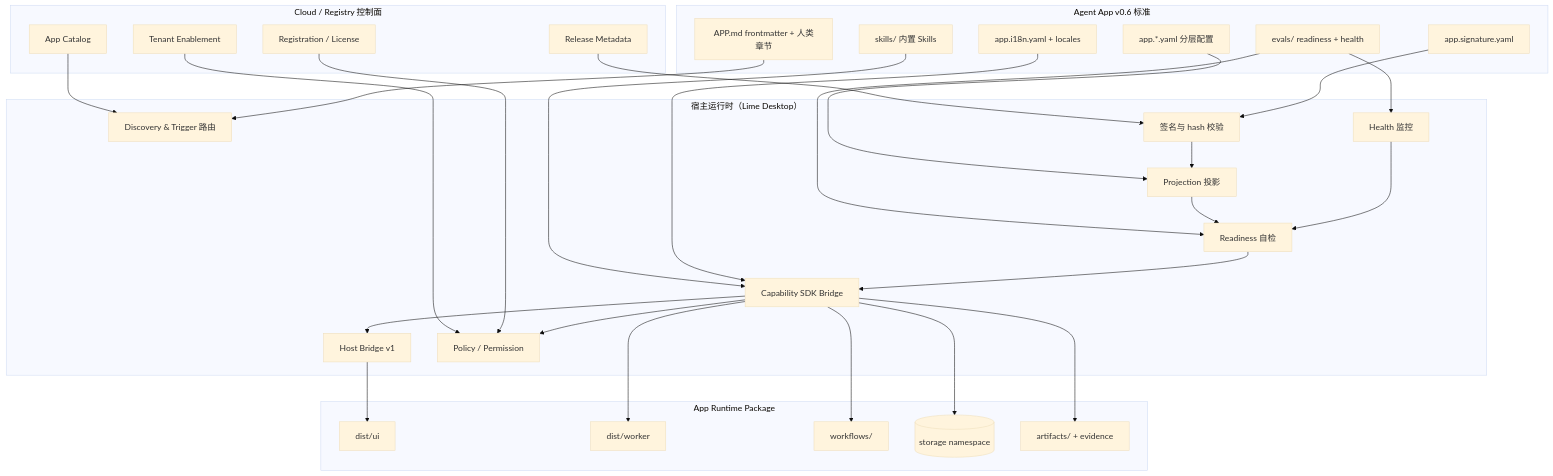
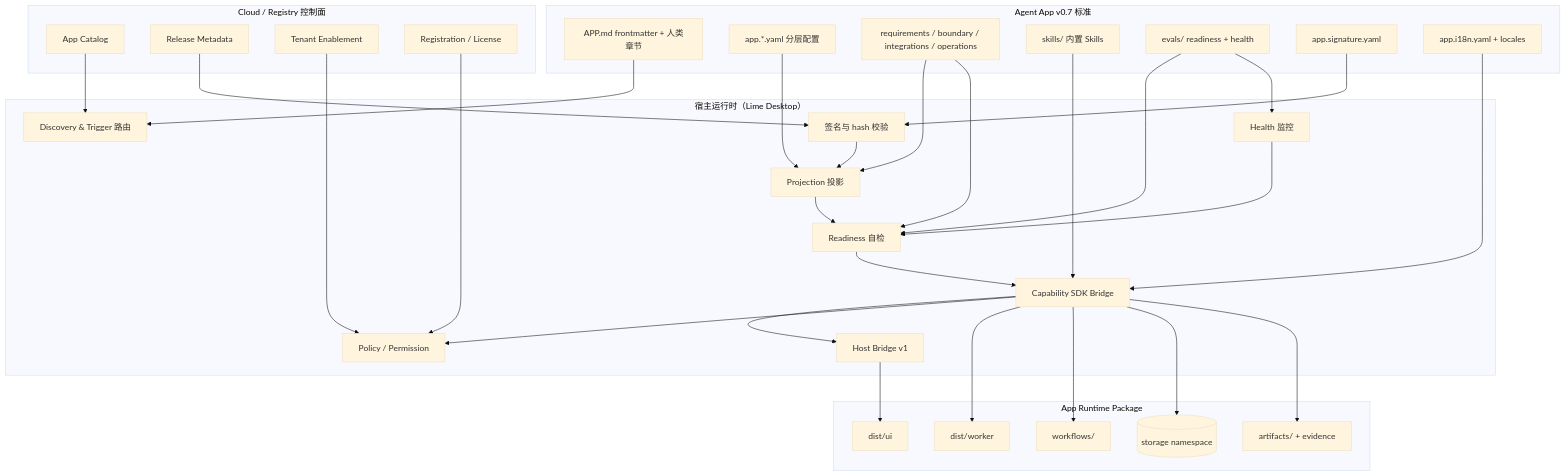
One commit to limecloud/agentapp changed the first of 11 diagrams in docs/zh/architecture.md. Above: the diagram before and after it, drawn with Mermaid (base theme). The commit also changed other lines of this file and 63 other files, not shown here.

````diff
--- a/docs/zh/architecture.md
+++ b/docs/zh/architecture.md
@@ -14,62 +14,65 @@
 ```mermaid
 flowchart TD
   subgraph Cloud[Cloud / Registry 控制面]
     Catalog[App Catalog]
     Release[Release Metadata]
     Tenant[Tenant Enablement]
     Reg[Registration / License]
   end
 
-  subgraph Standard[Agent App v0.6 标准]
+  subgraph Standard[Agent App v0.7 标准]
     APPMD[APP.md frontmatter + 人类章节]
     LAYERED[app.*.yaml 分层配置]
+    BOUNDARY[requirements / boundary / integrations / operations]
     SKILLS[skills/ 内置 Skills]
     EVALS[evals/ readiness + health]
     SIG[app.signature.yaml]
     I18N[app.i18n.yaml + locales]
   end
 
   subgraph Host[宿主运行时（Lime Desktop）]
     Discover[Discovery & Trigger 路由]
     Verify[签名与 hash 校验]
     Project[Projection 投影]
     Readiness[Readiness 自检]
     SDK[Capability SDK Bridge]
     Bridge[Host Bridge v1]
     Policy[Policy / Permission]
     Health[Health 监控]
   end
 
   subgraph Runtime[App Runtime Package]
     UI[dist/ui]
     Worker[dist/worker]
     Workflow[workflows/]
     Storage[(storage namespace)]
     Artifacts[artifacts/ + evidence]
   end
 
   Catalog --> Discover
   Release --> Verify
   Tenant --> Policy
   Reg --> Policy
 
   APPMD --> Discover
   LAYERED --> Project
+  BOUNDARY --> Project
+  BOUNDARY --> Readiness
   SKILLS --> SDK
   EVALS --> Readiness
   EVALS --> Health
   SIG --> Verify
   I18N --> SDK
 
   Verify --> Project
   Project --> Readiness
   Readiness --> SDK
   SDK --> Bridge
   SDK --> Policy
   Bridge --> UI
   SDK --> Worker
   SDK --> Workflow
   SDK --> Storage
   SDK --> Artifacts
   Health --> Readiness
 ```
````
